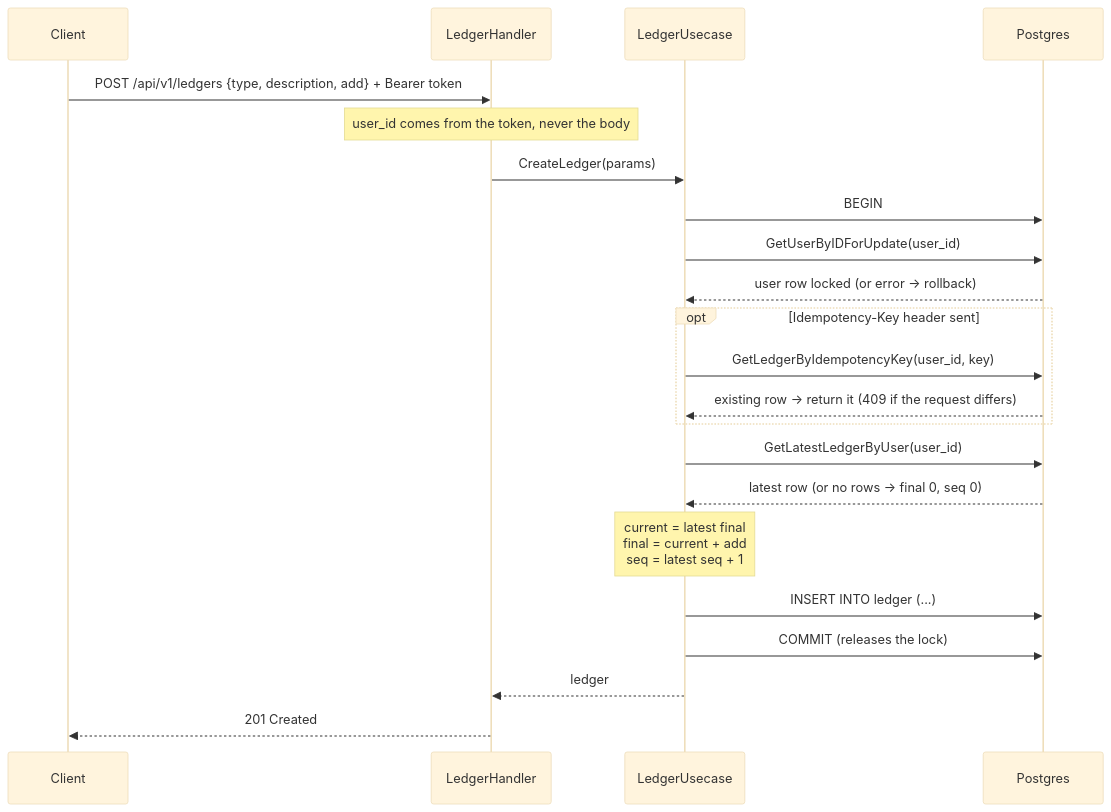
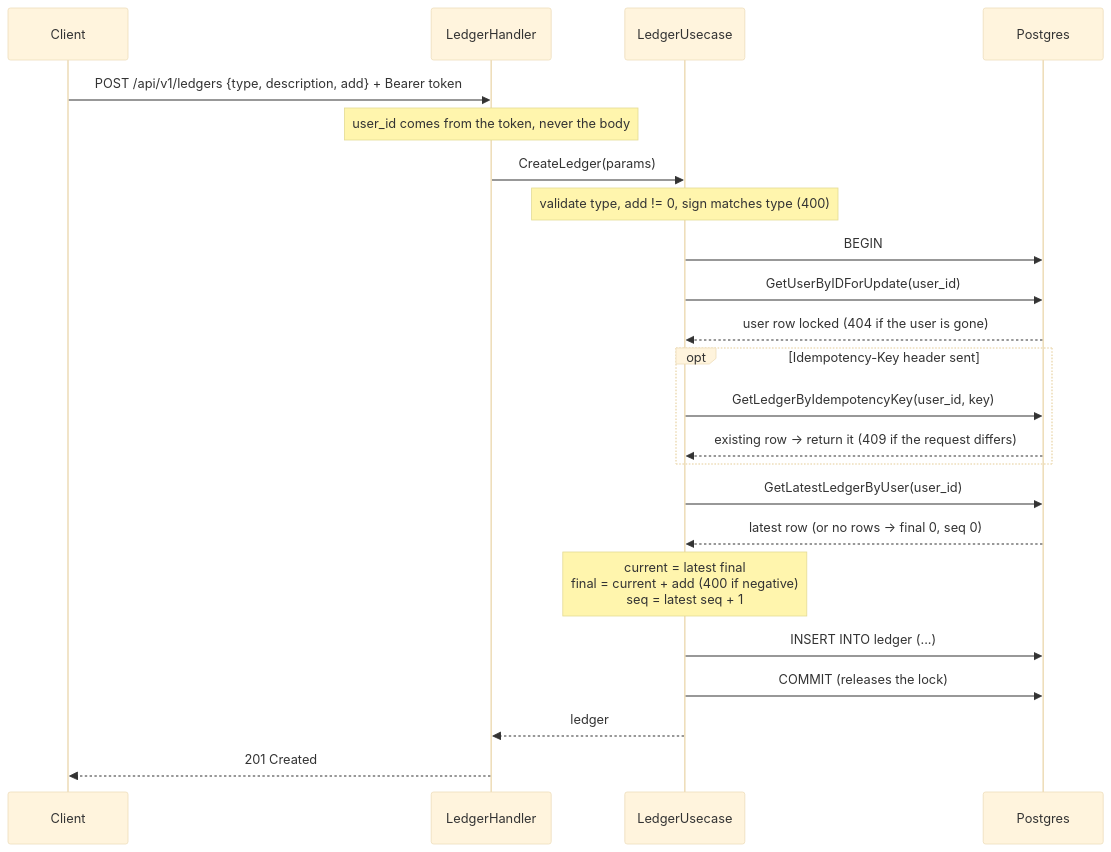
The second of 2 diagrams in README.md (YungBenn/balance-ledger-database-design), drawn with Mermaid (base theme) before and after one commit. The commit also changed other lines of this file, not shown here.

````diff
--- a/README.md
+++ b/README.md
@@ -127,25 +146,26 @@
 ```mermaid
 sequenceDiagram
     participant C as Client
     participant H as LedgerHandler
     participant U as LedgerUsecase
     participant DB as Postgres
 
     C->>H: POST /api/v1/ledgers {type, description, add} + Bearer token
     Note over H: user_id comes from the token, never the body
     H->>U: CreateLedger(params)
+    Note over U: validate type, add != 0, sign matches type (400)
     U->>DB: BEGIN
     U->>DB: GetUserByIDForUpdate(user_id)
-    DB-->>U: user row locked (or error -> rollback)
+    DB-->>U: user row locked (404 if the user is gone)
     opt Idempotency-Key header sent
         U->>DB: GetLedgerByIdempotencyKey(user_id, key)
         DB-->>U: existing row -> return it (409 if the request differs)
     end
     U->>DB: GetLatestLedgerByUser(user_id)
     DB-->>U: latest row (or no rows -> final 0, seq 0)
-    Note over U: current = latest final<br/>final = current + add<br/>seq = latest seq + 1
+    Note over U: current = latest final<br/>final = current + add (400 if negative)<br/>seq = latest seq + 1
     U->>DB: INSERT INTO ledger (...)
     U->>DB: COMMIT (releases the lock)
     U-->>H: ledger
     H-->>C: 201 Created
 ```
````
